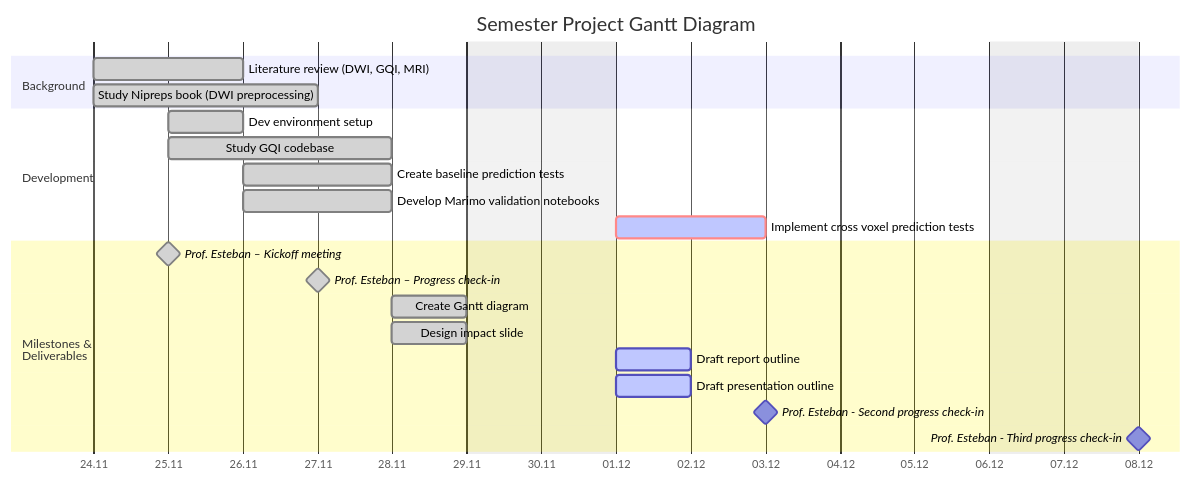
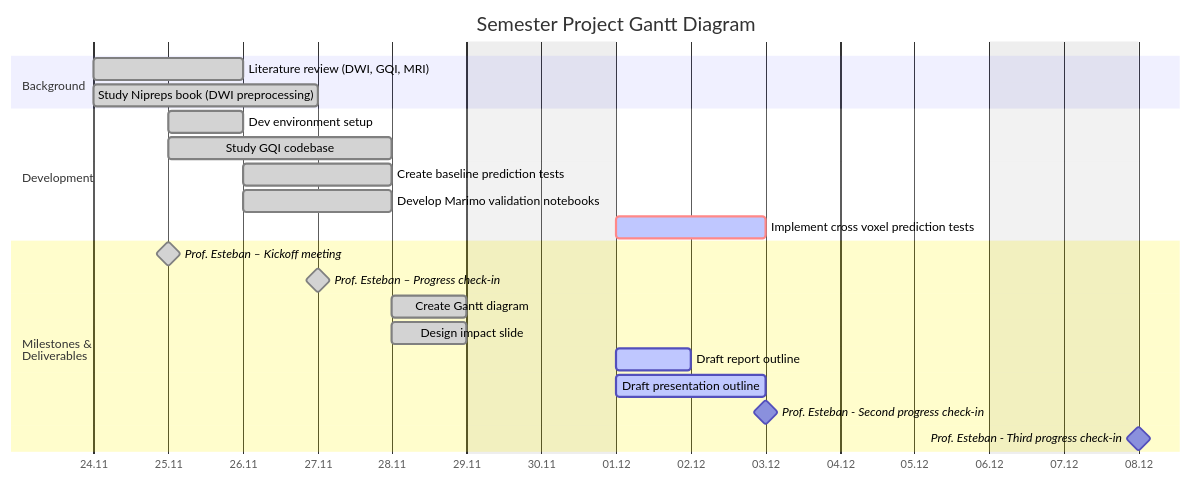
Before and after one commit to MadeInShineA/303.1-semester-project: the diagram in src/index.qmd, drawn with Mermaid. The commit also changed 16 other files, not shown here.

````diff
--- a/src/index.qmd
+++ b/src/index.qmd
@@ -20,30 +20,30 @@
 ```{mermaid}
 gantt
 
     title Semester Project Gantt Diagram
     dateFormat DD.MM.YYYY
     axisFormat %d.%m
     excludes weekends
 
     section Background
         Literature review (DWI, GQI, MRI)       :done,         research,       24.11.2025, 2d
         Study Nipreps book (DWI preprocessing)  :done,         nipreps,        24.11.2025, 3d
 
     section Development
         Dev environment setup                   :done,         devenv,         25.11.2025, 1d
         Study GQI codebase                      :done,         codebase,       25.11.2025, 3d
         Create baseline prediction tests        :done,         simple_tests,   26.11.2025, 2d
         Develop Marimo validation notebooks     :done,         notebooks,      26.11.2025, 2d
         Implement cross voxel prediction tests  :crit, active,    cross_tests,    01.12.2025, 2d
         
 
     section Milestones & <br>Deliverables
         Prof. Esteban – Kickoff meeting         :done,         milestone,      25.11.2025, 0d
         Prof. Esteban – Progress check-in       :done,         milestone,      27.11.2025, 0d
         Create Gantt diagram                    :done,  gantt,          28.11.2025, 1d
         Design impact slide                     :done,  impact,         28.11.2025, 1d
         Draft report outline                    :active,         r_draft,        01.12.2025, 1d
-        Draft presentation outline              :active,         p_draft,        01.12.2025, 1d 
+        Draft presentation outline              :active,         p_draft,        01.12.2025, 2d 
         Prof. Esteban - Second progress check-in:         milestone,      03.12.2025, 0d
         Prof. Esteban - Third progress check-in :         milestone,      08.12.2025, 0d
 ```
````
